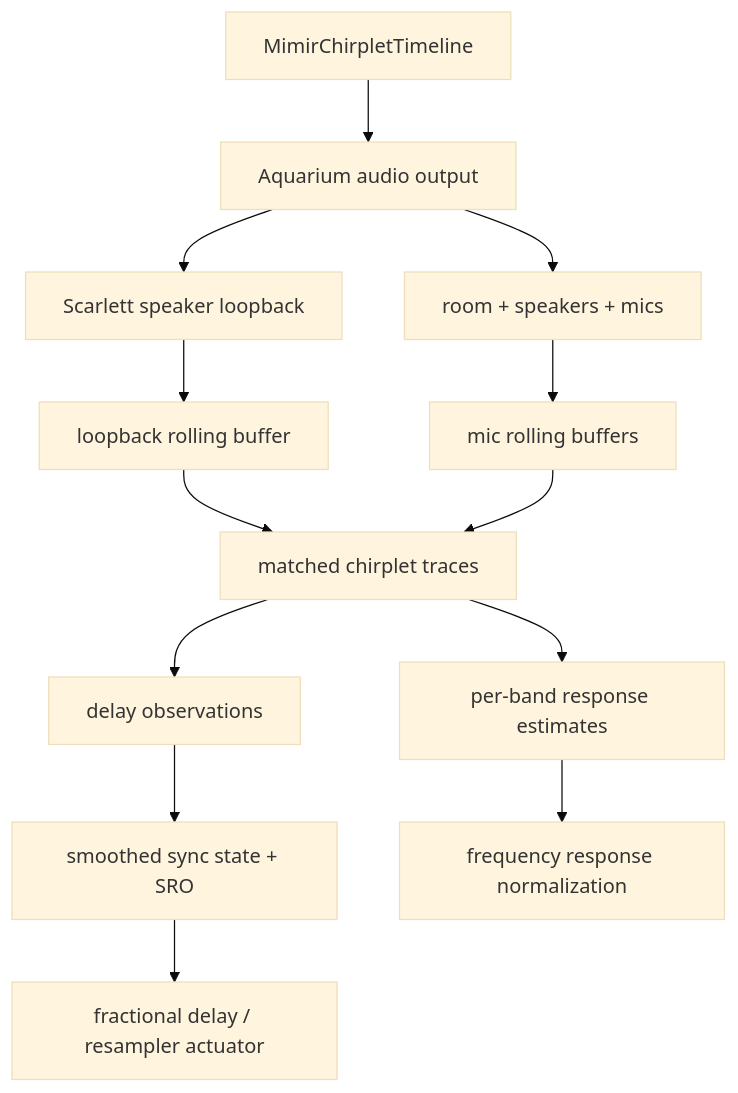
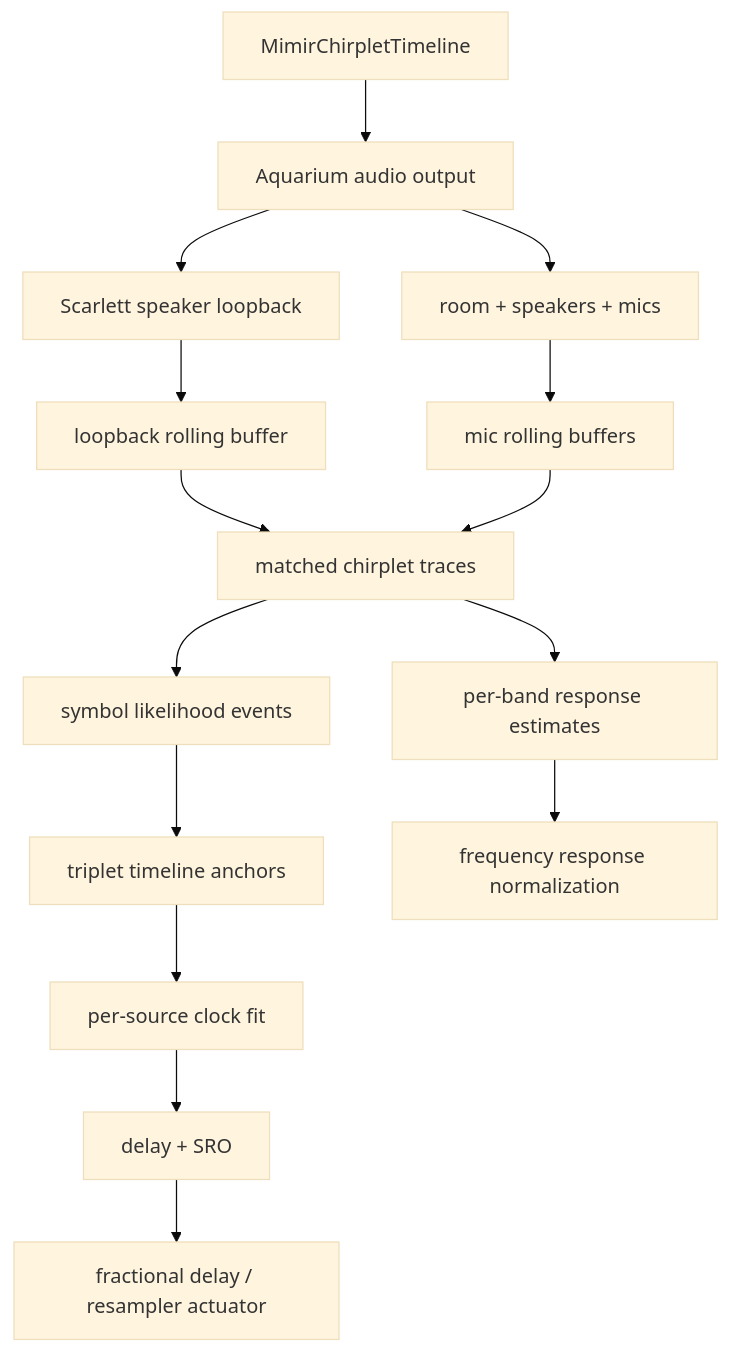
Before and after one commit to GameCult/Mimir: the second of 2 diagrams in docs/audio-field.md, drawn with Mermaid (base theme). The commit also changed other lines of this file and 9 other files, not shown here.

Commit message:
Start chirplet timeline decoder

````diff
--- a/docs/audio-field.md
+++ b/docs/audio-field.md
@@ -105,15 +116,17 @@
 ```mermaid
 flowchart TD
     A["MimirChirpletTimeline"] --> B["Aquarium audio output"]
     B --> C["Scarlett speaker loopback"]
     B --> D["room + speakers + mics"]
     C --> E["loopback rolling buffer"]
     D --> F["mic rolling buffers"]
     E --> G["matched chirplet traces"]
     F --> G
-    G --> H["delay observations"]
-    H --> L["smoothed sync state + SRO"]
+    G --> H["symbol likelihood events"]
+    H --> L["triplet timeline anchors"]
+    L --> M["per-source clock fit"]
+    M --> N["delay + SRO"]
     G --> I["per-band response estimates"]
-    L --> J["fractional delay / resampler actuator"]
+    N --> J["fractional delay / resampler actuator"]
     I --> K["frequency response normalization"]
 ```
````
